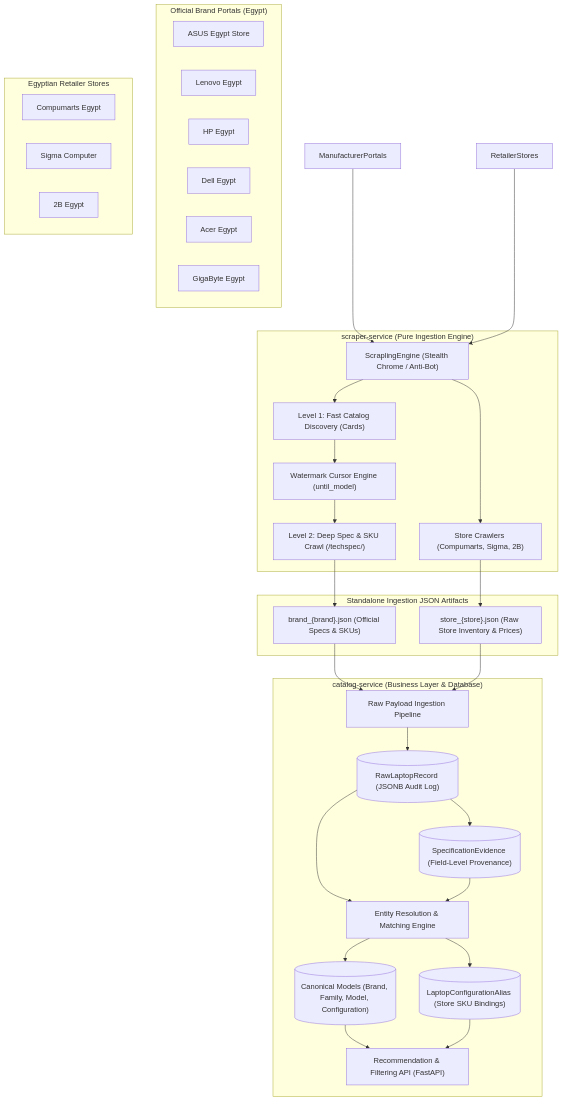
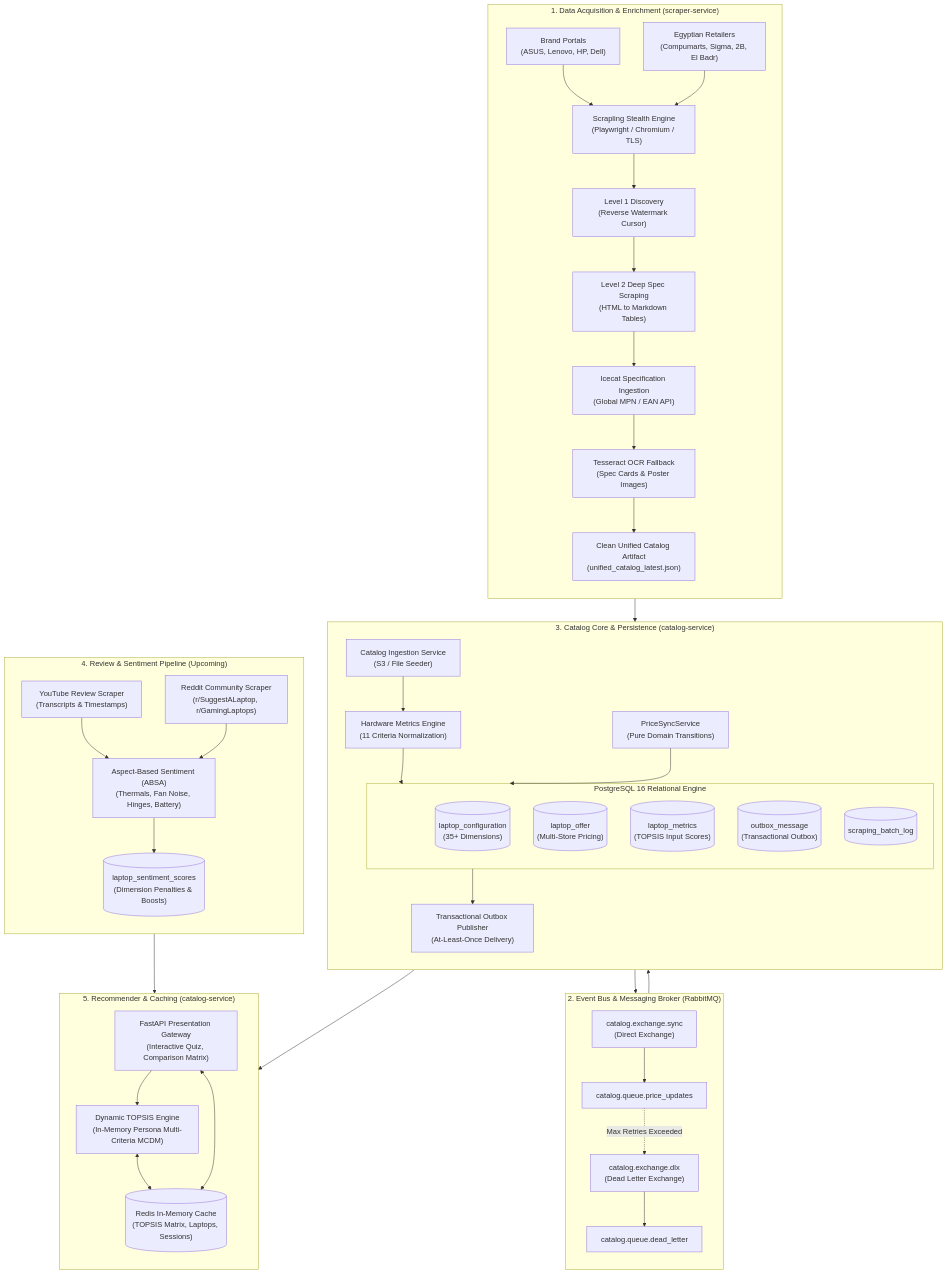
One commit to marwan779/laptop-recommender changed the first of 4 diagrams in README.md. Above: the diagram before and after it, drawn with Mermaid. The commit also changed other lines of this file and 9 other files, not shown here.

Commit message:
feat(catalog-service): add topsis multi-criteria recommendation domain engine

````diff
--- a/README.md
+++ b/README.md
@@ -26,61 +67,76 @@
 ```mermaid
 flowchart TD
-    subgraph Manufacturer Portals ["Official Brand Portals (Egypt)"]
-        ASUS["ASUS Egypt Store"]
-        LENOVO["Lenovo Egypt"]
-        HP["HP Egypt"]
-        DELL["Dell Egypt"]
-        ACER["Acer Egypt"]
-        GIGA["GigaByte Egypt"]
+    subgraph S1 ["1. Data Acquisition & Enrichment (scraper-service)"]
+        direction TB
+        BP["Brand Portals<br/>(ASUS, Lenovo, HP, Dell)"] --> SE["Scrapling Stealth Engine<br/>(Playwright / Chromium / TLS)"]
+        ER["Egyptian Retailers<br/>(Compumarts, Sigma, 2B, El Badr)"] --> SE
+        SE --> L1["Level 1 Discovery<br/>(Reverse Watermark Cursor)"]
+        L1 --> L2["Level 2 Deep Spec Scraping<br/>(HTML to Markdown Tables)"]
+        L2 --> IC["Icecat Specification Ingestion<br/>(Global MPN / EAN API)"]
+        IC --> OCR["Tesseract OCR Fallback<br/>(Spec Cards & Poster Images)"]
+        OCR --> JSON_OUT["Clean Unified Catalog Artifact<br/>(unified_catalog_latest.json)"]
     end
 
-    subgraph Retailer Stores ["Egyptian Retailer Stores"]
-        COMP["Compumarts Egypt"]
-        SIGMA["Sigma Computer"]
-        TWOB["2B Egypt"]
+    subgraph S2 ["2. Event Bus & Messaging Broker (RabbitMQ)"]
+        direction TB
+        EX_SYNC["catalog.exchange.sync<br/>(Direct Exchange)"]
+        Q_PRICE["catalog.queue.price_updates"]
+        EX_DLX["catalog.exchange.dlx<br/>(Dead Letter Exchange)"]
+        Q_DLQ["catalog.queue.dead_letter"]
+        
+        EX_SYNC --> Q_PRICE
+        Q_PRICE -.->|Max Retries Exceeded| EX_DLX
+        EX_DLX --> Q_DLQ
     end
 
-    subgraph ScraperService ["scraper-service (Pure Ingestion Engine)"]
-        ENG["ScraplingEngine (Stealth Chrome / Anti-Bot)"]
-        L1["Level 1: Fast Catalog Discovery (Cards)"]
-        L2["Level 2: Deep Spec & SKU Crawl (/techspec/)"]
-        WM["Watermark Cursor Engine (until_model)"]
-        STORE_ENG["Store Crawlers (Compumarts, Sigma, 2B)"]
+    subgraph S3 ["3. Catalog Core & Persistence (catalog-service)"]
+        direction TB
+        ING_SRV["Catalog Ingestion Service<br/>(S3 / File Seeder)"]
+        HW_ENG["Hardware Metrics Engine<br/>(11 Criteria Normalization)"]
+        
+        subgraph DB ["PostgreSQL 16 Relational Engine"]
+            CONF[("laptop_configuration<br/>(35+ Dimensions)")]
+            OFFER[("laptop_offer<br/>(Multi-Store Pricing)")]
+            METRICS[("laptop_metrics<br/>(TOPSIS Input Scores)")]
+            OUTBOX[("outbox_message<br/>(Transactional Outbox)")]
+            BATCH[("scraping_batch_log")]
+        end
+        
+        PRICE_SYNC["PriceSyncService<br/>(Pure Domain Transitions)"]
+        OUTBOX_WORKER["Transactional Outbox Publisher<br/>(At-Least-Once Delivery)"]
     end
 
-    subgraph StandaloneArtifacts ["Standalone Ingestion JSON Artifacts"]
-        JSON_BRAND["brand_{brand}.json (Official Specs & SKUs)"]
-        JSON_STORE["store_{store}.json (Raw Store Inventory & Prices)"]
+    subgraph S4 ["4. Review & Sentiment Pipeline (Upcoming)"]
+        direction TB
+        YT_CRAWL["YouTube Review Scraper<br/>(Transcripts & Timestamps)"]
+        RED_CRAWL["Reddit Community Scraper<br/>(r/SuggestALaptop, r/GamingLaptops)"]
+        ABSA_MODEL["Aspect-Based Sentiment (ABSA)<br/>(Thermals, Fan Noise, Hinges, Battery)"]
+        SENT_SCORES[("laptop_sentiment_scores<br/>(Dimension Penalties & Boosts)")]
+        
+        YT_CRAWL --> ABSA_MODEL
+        RED_CRAWL --> ABSA_MODEL
+        ABSA_MODEL --> SENT_SCORES
     end
 
-    subgraph CatalogService ["catalog-service (Business Layer & Database)"]
-        RAW_INGEST["Raw Payload Ingestion Pipeline"]
-        RAW_DB[("RawLaptopRecord (JSONB Audit Log)")]
-        SPEC_EVID[("SpecificationEvidence (Field-Level Provenance)")]
-        ENTITY_RES["Entity Resolution & Matching Engine"]
-        CANONICAL_DB[("Canonical Models (Brand, Family, Model, Configuration)")]
-        ALIAS_DB[("LaptopConfigurationAlias (Store SKU Bindings)")]
-        REC_API["Recommendation & Filtering API (FastAPI)"]
+    subgraph S5 ["5. Recommender & Caching (catalog-service)"]
+        direction TB
+        REDIS[("Redis In-Memory Cache<br/>(TOPSIS Matrix, Laptops, Sessions)")]
+        TOPSIS["Dynamic TOPSIS Engine<br/>(In-Memory Persona Multi-Criteria MCDM)"]
+        API["FastAPI Presentation Gateway<br/>(Interactive Quiz, Comparison Matrix)"]
     end
 
-    ManufacturerPortals --> ENG
-    ENG --> L1
-    L1 --> WM
-    WM --> L2
-    L2 --> JSON_BRAND
-
-    RetailerStores --> ENG
-    ENG --> STORE_ENG
-    STORE_ENG --> JSON_STORE
-
-    JSON_BRAND --> RAW_INGEST
-    JSON_STORE --> RAW_INGEST
-    RAW_INGEST --> RAW_DB
-    RAW_DB --> SPEC_EVID
-    RAW_DB --> ENTITY_RES
-    SPEC_EVID --> ENTITY_RES
-    ENTITY_RES --> CANONICAL_DB
-    ENTITY_RES --> ALIAS_DB
-    CANONICAL_DB --> REC_API
-    ALIAS_DB --> REC_API
+    JSON_OUT --> ING_SRV
+    ING_SRV --> HW_ENG
+    HW_ENG --> DB
+    
+    PRICE_SYNC --> DB
+    DB --> OUTBOX_WORKER
+    OUTBOX_WORKER --> EX_SYNC
+    Q_PRICE --> PRICE_SYNC
+    
+    METRICS --> TOPSIS
+    SENT_SCORES --> TOPSIS
+    TOPSIS <--> REDIS
+    API <--> REDIS
+    API --> TOPSIS
 ```
````
